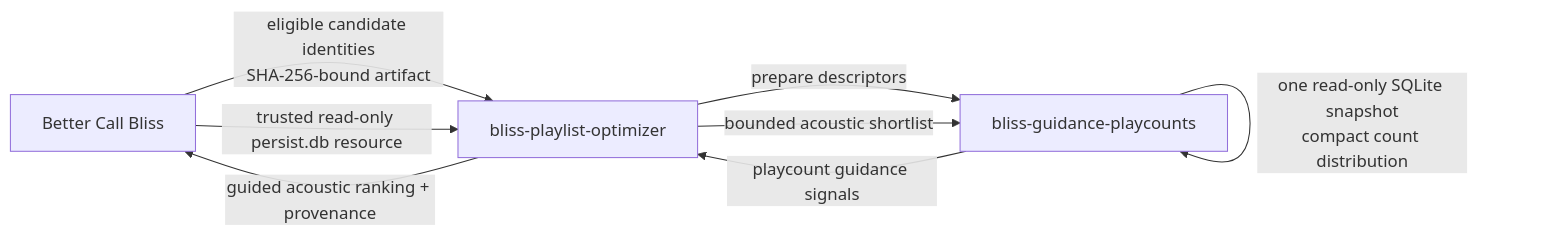
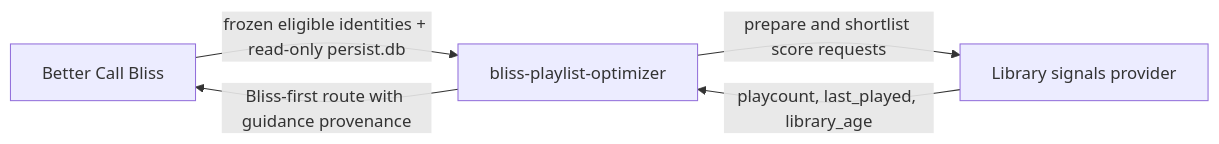
Before and after one commit to chrober/bliss-guidance-playcounts: the diagram in README.md, drawn with Mermaid. The commit also changed other lines of this file and 4 other files, not shown here.

Commit message:
feat: generalize local library guidance

````diff
--- a/README.md
+++ b/README.md
@@ -18,10 +22,7 @@
 ```mermaid
 flowchart LR
-    B[Better Call Bliss] -->|eligible candidate identities\nSHA-256-bound artifact| O[bliss-playlist-optimizer]
-    B -->|trusted read-only persist.db resource| O
-    O -->|prepare descriptors| P[bliss-guidance-playcounts]
-    P -->|one read-only SQLite snapshot\ncompact count distribution| P
-    O -->|bounded acoustic shortlist| P
-    P -->|playcount guidance signals| O
-    O -->|guided acoustic ranking + provenance| B
+    B[Better Call Bliss] -->|frozen eligible identities + read-only persist.db| O[bliss-playlist-optimizer]
+    O -->|prepare and shortlist score requests| P[Library signals provider]
+    P -->|playcount, last_played, library_age| O
+    O -->|Bliss-first route with guidance provenance| B
 ```
````
